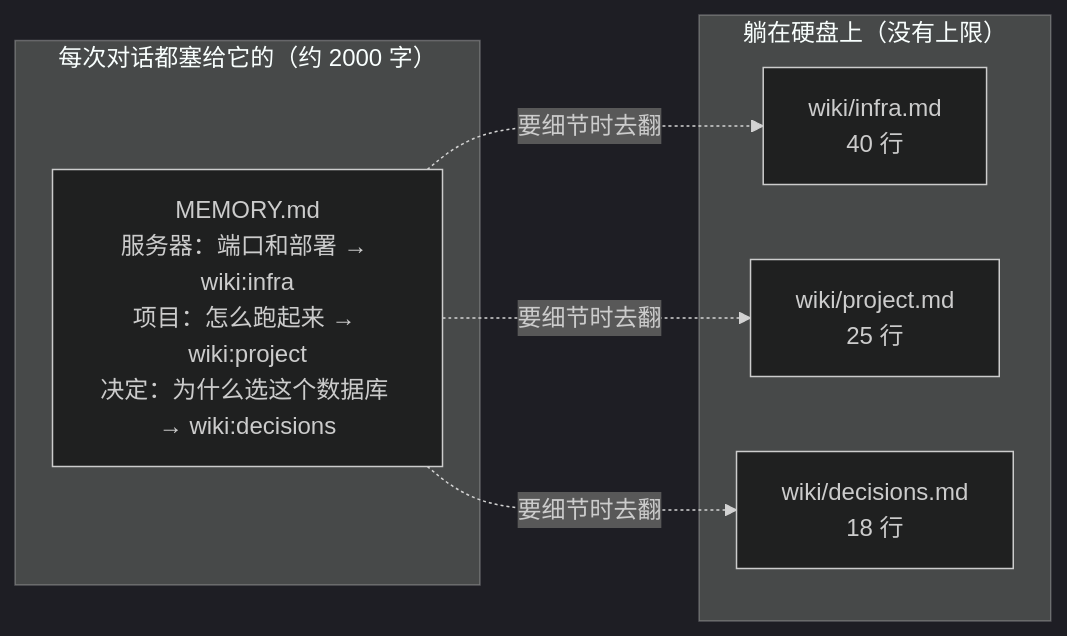
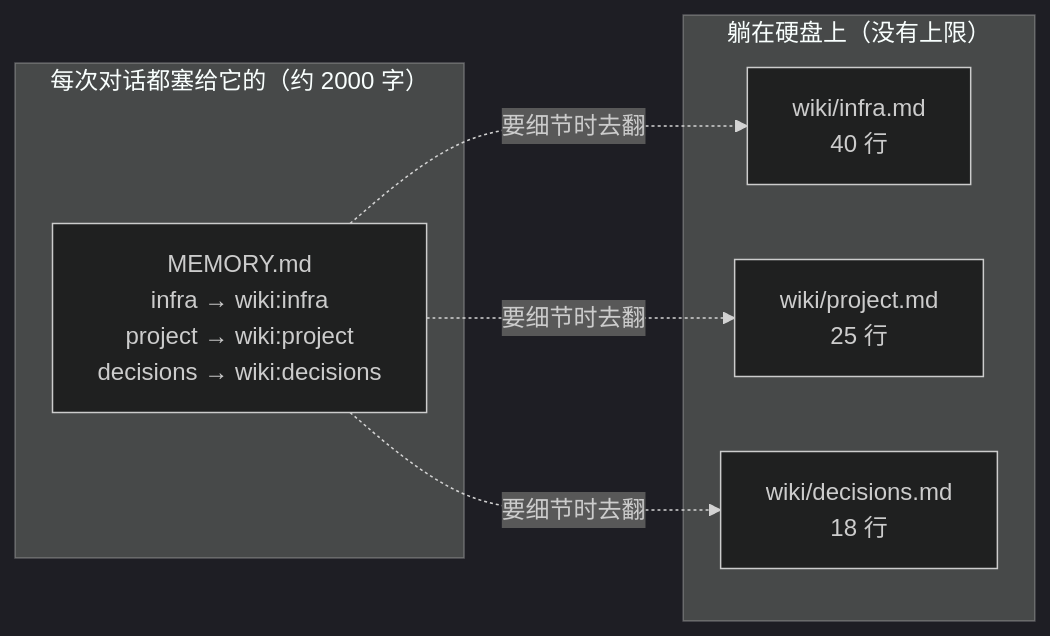
One commit to QINXIN111/tiered-memory changed the first of 3 diagrams in README.zh-CN.md. Above: the diagram before and after it, drawn with Mermaid (dark theme). The commit also changed 1 other file, not shown here.

Commit message:
docs: tighten the first diagram labels

````diff
--- a/README.zh-CN.md
+++ b/README.zh-CN.md
@@ -29,14 +29,14 @@
 ```mermaid
 flowchart LR
     subgraph CTX["每次对话都塞给它的（约 2000 字）"]
-      IDX["MEMORY.md<br/>服务器：端口和部署 → wiki:infra<br/>项目：怎么跑起来 → wiki:project<br/>决定：为什么选这个数据库 → wiki:decisions"]
+      IDX["MEMORY.md<br/>infra → wiki:infra<br/>project → wiki:project<br/>decisions → wiki:decisions"]
     end
     subgraph DISK["躺在硬盘上（没有上限）"]
       N1["wiki/infra.md<br/>40 行"]
       N2["wiki/project.md<br/>25 行"]
       N3["wiki/decisions.md<br/>18 行"]
     end
     IDX -. "要细节时去翻" .-> N1
     IDX -. "要细节时去翻" .-> N2
     IDX -. "要细节时去翻" .-> N3
 ```
````
